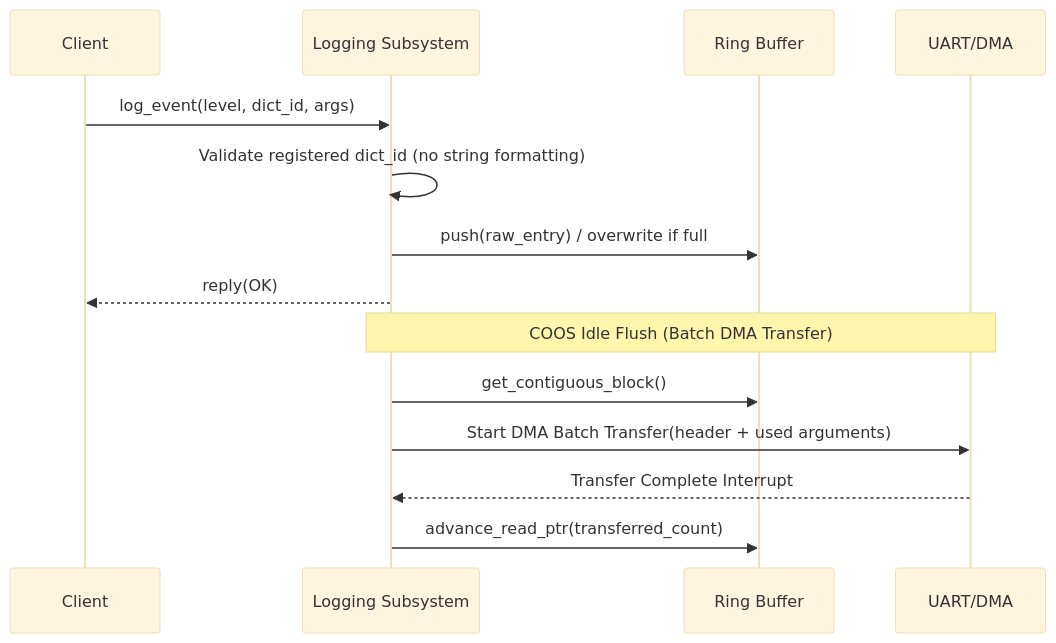
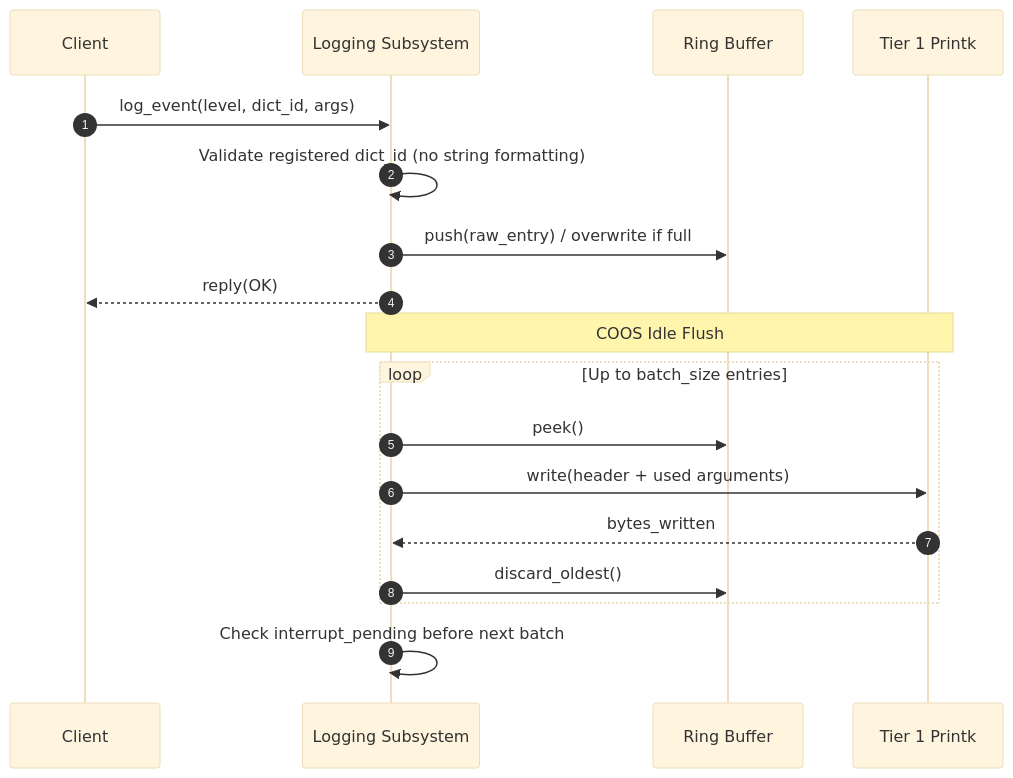
Before and after one commit to kmt-t/fireball: the third of 3 diagrams in docs/components/tier2_runtime/runtime_logging.md, drawn with Mermaid (base theme). The commit also changed other lines of this file and 20 other files, not shown here.

````diff
--- a/docs/components/tier2_runtime/runtime_logging.md
+++ b/docs/components/tier2_runtime/runtime_logging.md
@@ -165,17 +165,21 @@
 ```mermaid
 sequenceDiagram
+    autonumber
     participant C as Client
     participant L as Logging Subsystem
     participant RB as Ring Buffer
-    participant HW as UART/DMA
+    participant P as Tier 1 Printk
 
     C->>L: log_event(level, dict_id, args)
     L->>L: Validate registered dict_id (no string formatting)
     L->>RB: push(raw_entry) / overwrite if full
     L-->>C: reply(OK)
-    Note over L,HW: COOS Idle Flush (Batch DMA Transfer)
-    L->>RB: get_contiguous_block()
-    L->>HW: Start DMA Batch Transfer(header + used arguments)
-    HW-->>L: Transfer Complete Interrupt
-    L->>RB: advance_read_ptr(transferred_count)
+    Note over L,P: COOS Idle Flush
+    loop Up to batch_size entries
+        L->>RB: peek()
+        L->>P: write(header + used arguments)
+        P-->>L: bytes_written
+        L->>RB: discard_oldest()
+    end
+    L->>L: Check interrupt_pending before next batch
 ```
````
